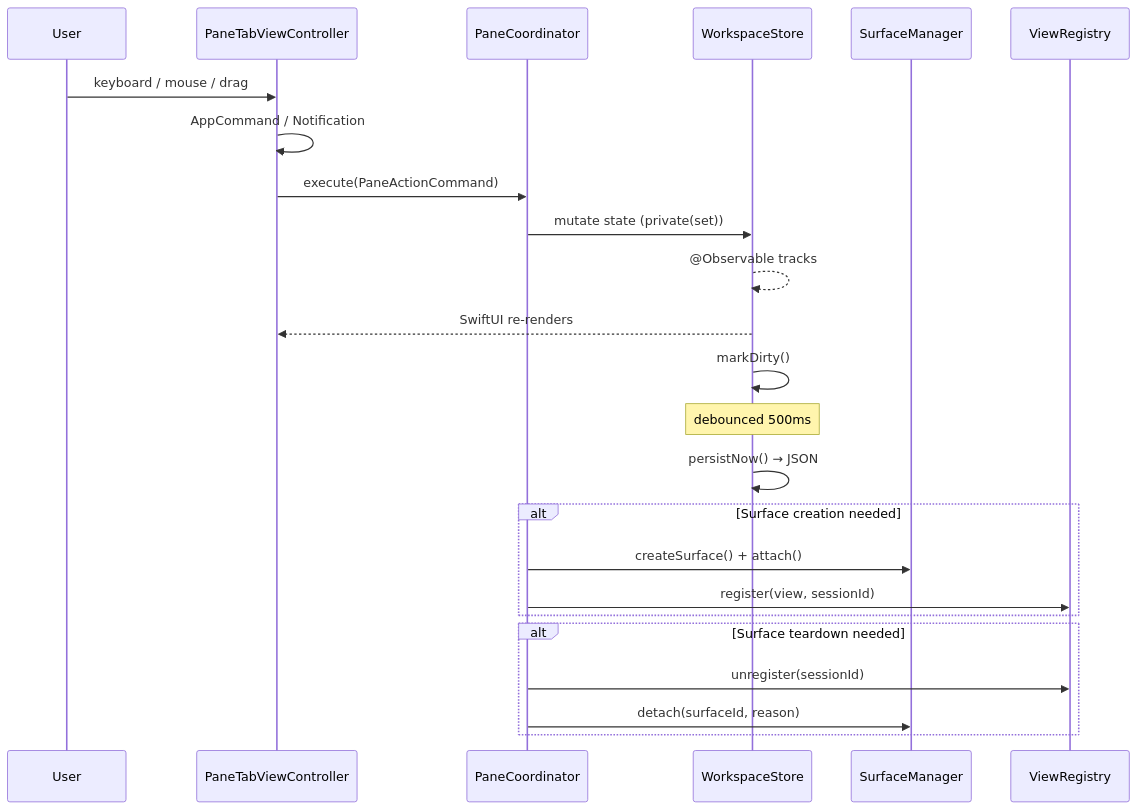
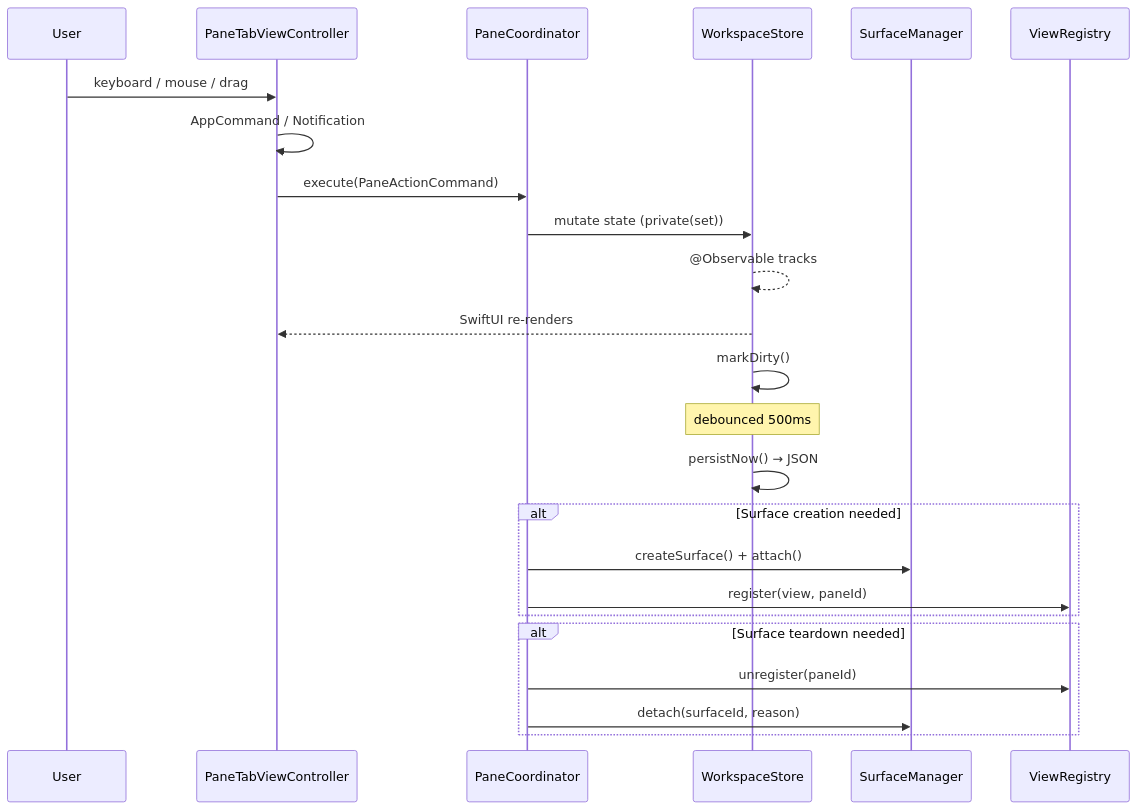
One commit to ShravanSunder/agentstudio changed the second of 3 diagrams in docs/architecture/component_architecture.md. Above: the diagram before and after it, drawn with Mermaid. The commit also changed other lines of this file and 9 other files, not shown here.

First line of the commit message:
docs: hard-cut architecture docs to match pane-centric codebase

````diff
--- a/docs/architecture/component_architecture.md
+++ b/docs/architecture/component_architecture.md
@@ -767,29 +877,29 @@
 ```mermaid
 sequenceDiagram
     participant User
     participant PaneTabViewController
     participant PC as PaneCoordinator
     participant Store as WorkspaceStore
     participant SM as SurfaceManager
     participant VR as ViewRegistry
 
     User->>PaneTabViewController: keyboard / mouse / drag
     PaneTabViewController->>PaneTabViewController: AppCommand / Notification
     PaneTabViewController->>PC: execute(PaneActionCommand)
     PC->>Store: mutate state (private(set))
     Store-->>Store: @Observable tracks
     Store-->>PaneTabViewController: SwiftUI re-renders
     Store->>Store: markDirty()
     Note over Store: debounced 500ms
     Store->>Store: persistNow() → JSON
 
     alt Surface creation needed
         PC->>SM: createSurface() + attach()
-        PC->>VR: register(view, sessionId)
+        PC->>VR: register(view, paneId)
     end
 
     alt Surface teardown needed
-        PC->>VR: unregister(sessionId)
+        PC->>VR: unregister(paneId)
         PC->>SM: detach(surfaceId, reason)
     end
 ```
````
